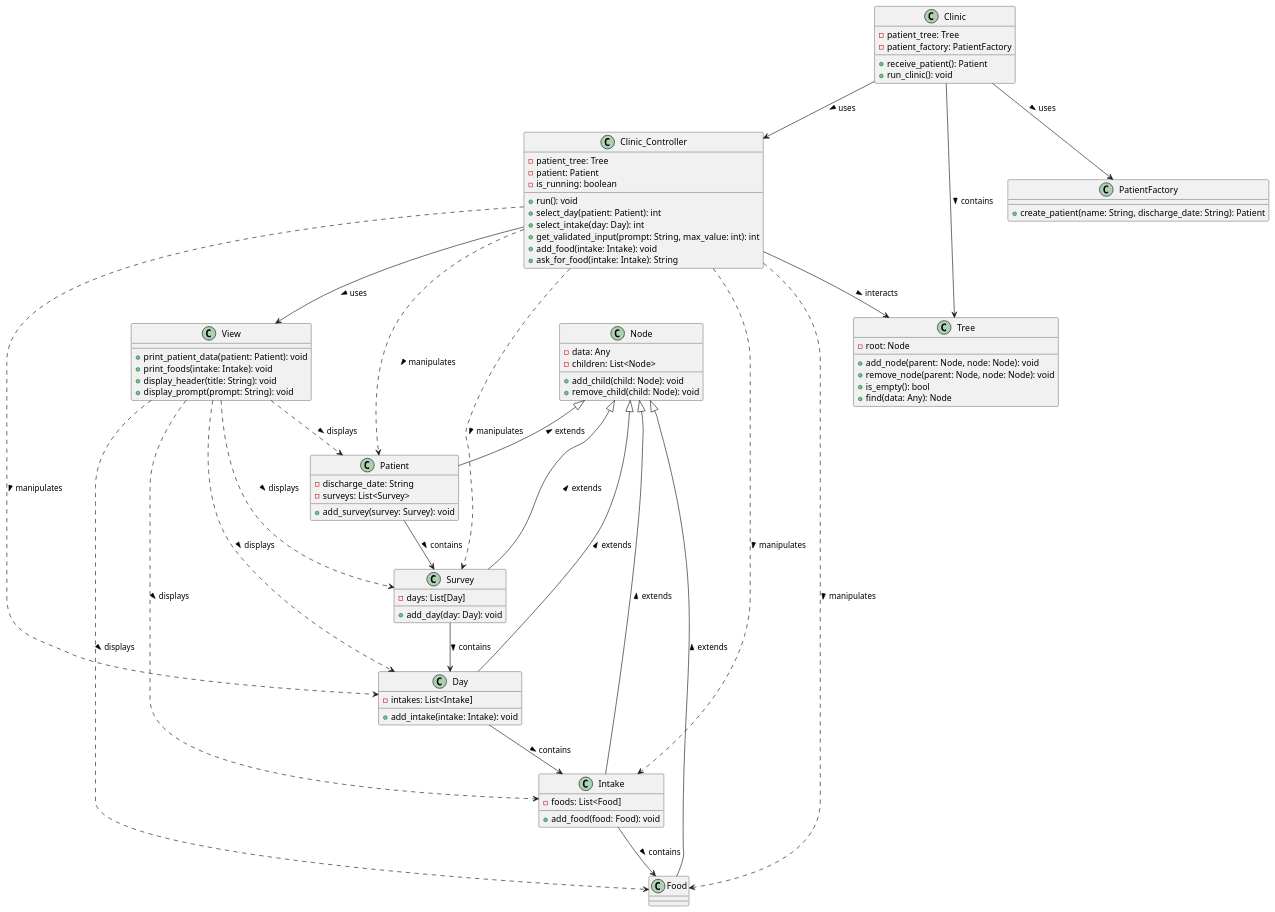
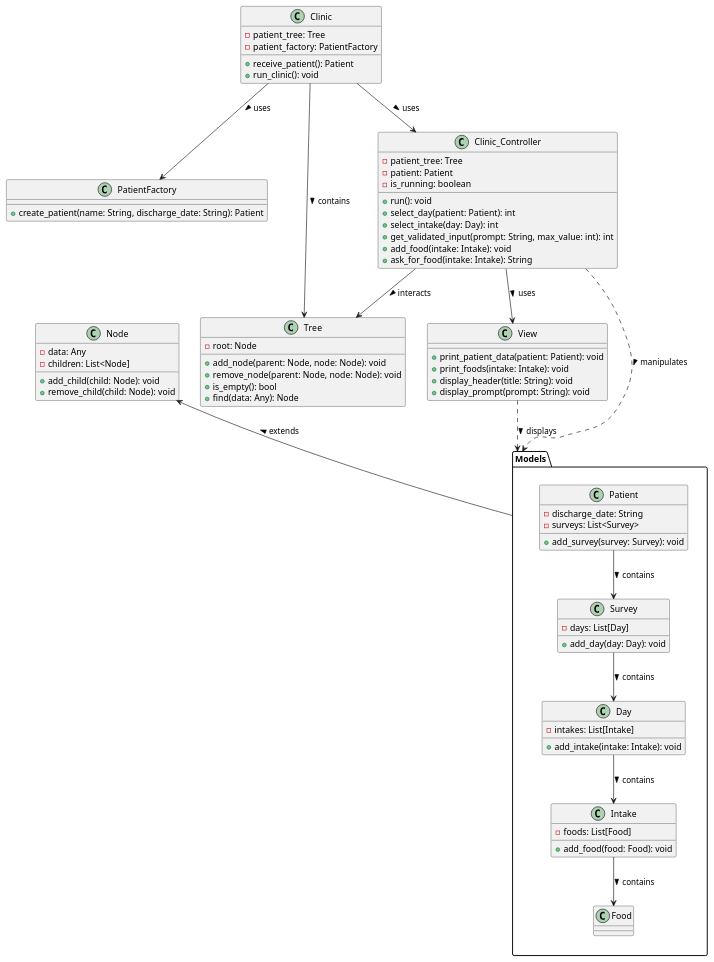
One commit to mmasias/23-24-eda1 changed the diagram in entregas/javierCader/examenFinal/docs/class_diagram.puml. Above: the diagram before and after it, drawn with PlantUML.

Commit message:
feat: Third Iteration Class Diagram

```diff
--- a/entregas/javierCader/examenFinal/docs/class_diagram.puml
+++ b/entregas/javierCader/examenFinal/docs/class_diagram.puml
@@ -1,99 +1,93 @@
 @startuml Examen_Final
 
-' Define classes
+' Define packages
+package "Models" {
+    together {
+        class Patient {
+            - discharge_date: String
+            - surveys: List<Survey>
+            + add_survey(survey: Survey): void
+        }
+
+        class Survey {
+            - days: List[Day]
+            + add_day(day: Day): void
+        }
+
+        class Day {
+            - intakes: List[Intake]
+            + add_intake(intake: Intake): void
+        }
+
+        class Intake {
+            - foods: List[Food]
+            + add_food(food: Food): void
+        }
+
+        class Food {
+        }
+    }
+
+    Patient --> Survey : contains >
+    Survey --> Day : contains >
+    Day --> Intake : contains >
+    Intake --> Food : contains >
+}
+
+' Define other classes
 class Clinic {
     - patient_tree: Tree
     - patient_factory: PatientFactory
     + receive_patient(): Patient
     + run_clinic(): void
 }
 
 class PatientFactory {
     + create_patient(name: String, discharge_date: String): Patient
 }
 
 class Tree {
     - root: Node
     + add_node(parent: Node, node: Node): void
     + remove_node(parent: Node, node: Node): void
     + is_empty(): bool
     + find(data: Any): Node
 }
 
 class Node {
     - data: Any
-    - children: List<Node>
+    - children: List<Node]
     + add_child(child: Node): void
     + remove_child(child: Node): void
 }
 
 class Clinic_Controller {
     - patient_tree: Tree
     - patient: Patient
     - is_running: boolean
     + run(): void
     + select_day(patient: Patient): int
     + select_intake(day: Day): int
     + get_validated_input(prompt: String, max_value: int): int
     + add_food(intake: Intake): void
     + ask_for_food(intake: Intake): String
 }
 
 class View {
     + print_patient_data(patient: Patient): void
     + print_foods(intake: Intake): void
     + display_header(title: String): void
     + display_prompt(prompt: String): void
 }
 
-class Patient {
-    - discharge_date: String
-    - surveys: List<Survey>
-    + add_survey(survey: Survey): void
-}
-
-class Survey {
-    - days: List[Day]
-    + add_day(day: Day): void
-}
-
-class Day {
-    - intakes: List<Intake]
-    + add_intake(intake: Intake): void
-}
-
-class Intake {
-    - foods: List<Food]
-    + add_food(food: Food): void
-}
-
-class Food {
-}
-
 ' Define relationships
 Clinic --> Clinic_Controller : uses >
 Clinic --> PatientFactory : uses >
 Clinic --> Tree : contains >
 Clinic_Controller --> View : uses >
 Clinic_Controller --> Tree : interacts >
-Clinic_Controller ..> Patient : manipulates >
-Clinic_Controller ..> Survey : manipulates >
-Clinic_Controller ..> Day : manipulates >
-Clinic_Controller ..> Intake : manipulates >
-Clinic_Controller ..> Food : manipulates >
-View ..> Patient : displays >
-View ..> Survey : displays >
-View ..> Day : displays >
-View ..> Intake : displays >
-View ..> Food : displays >
-Patient -up-|> Node : extends >
-Survey -up-|> Node : extends >
-Day -up-|> Node : extends >
-Intake -up-|> Node : extends >
-Food -up-|> Node : extends >
-Patient --> Survey : contains >
-Survey --> Day : contains >
-Day --> Intake : contains >
-Intake --> Food : contains >
+Clinic_Controller ..> Models : manipulates >
+View ..> Models : displays >
+Models -up-> Node : extends >
 
 @enduml
```
